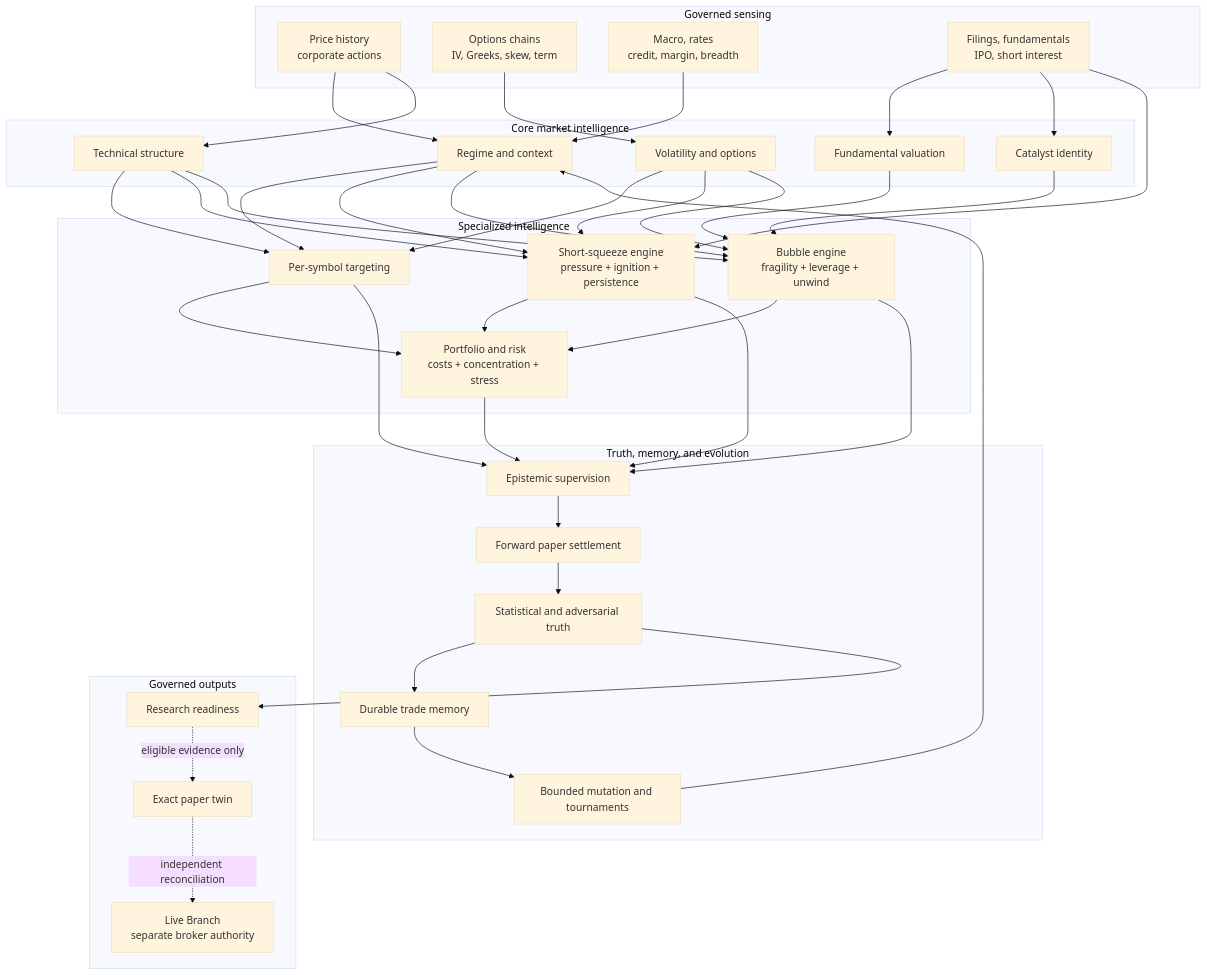
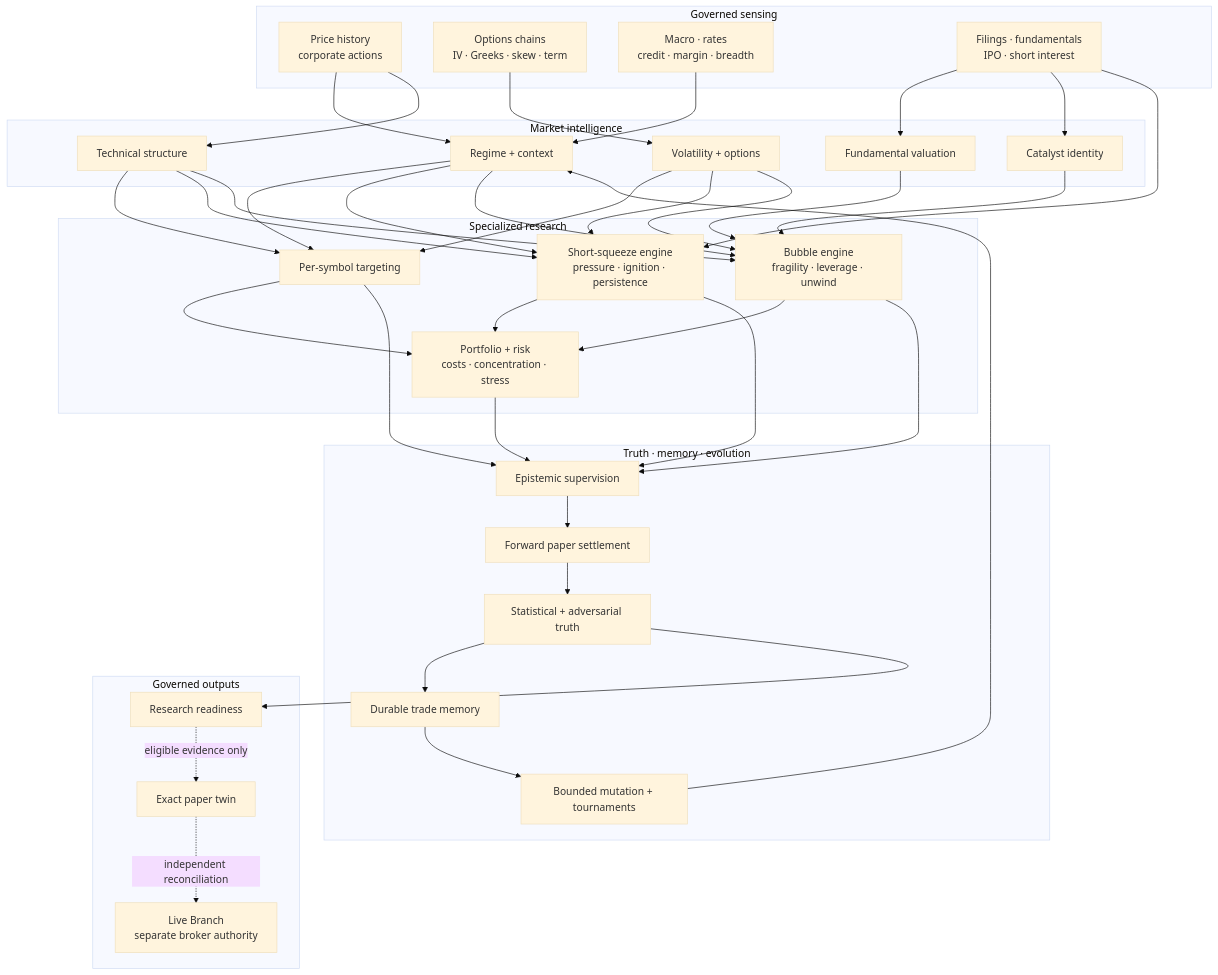
Before and after one commit to ObtuseAI/dopey: the second of 2 diagrams in README.md, drawn with Mermaid (base theme). The commit also changed other lines of this file and 2 other files, not shown here.

````diff
--- a/README.md
+++ b/README.md
@@ -182,74 +102,72 @@
 ```mermaid
 flowchart TB
     subgraph Sources["Governed sensing"]
         P["Price history<br/>corporate actions"]
-        O["Options chains<br/>IV, Greeks, skew, term"]
-        M["Macro, rates<br/>credit, margin, breadth"]
-        F["Filings, fundamentals<br/>IPO, short interest"]
+        O["Options chains<br/>IV · Greeks · skew · term"]
+        M["Macro · rates<br/>credit · margin · breadth"]
+        F["Filings · fundamentals<br/>IPO · short interest"]
     end
 
-    subgraph Core["Core market intelligence"]
-        R["Regime and context"]
+    subgraph Intelligence["Market intelligence"]
+        R["Regime + context"]
         T["Technical structure"]
-        V["Volatility and options"]
+        V["Volatility + options"]
         U["Fundamental valuation"]
         C["Catalyst identity"]
     end
 
-    subgraph Specialized["Specialized intelligence"]
+    subgraph Specialists["Specialized research"]
         G["Per-symbol targeting"]
-        S["Short-squeeze engine<br/>pressure + ignition + persistence"]
-        B["Bubble engine<br/>fragility + leverage + unwind"]
-        Q["Portfolio and risk<br/>costs + concentration + stress"]
+        S["Short-squeeze engine<br/>pressure · ignition · persistence"]
+        B["Bubble engine<br/>fragility · leverage · unwind"]
+        Q["Portfolio + risk<br/>costs · concentration · stress"]
     end
 
-    subgraph Truth["Truth, memory, and evolution"]
+    subgraph Truth["Truth · memory · evolution"]
         E["Epistemic supervision"]
         W["Forward paper settlement"]
-        A["Statistical and adversarial truth"]
+        A["Statistical + adversarial truth"]
         D["Durable trade memory"]
-        N["Bounded mutation and tournaments"]
+        N["Bounded mutation + tournaments"]
     end
 
     subgraph Authority["Governed outputs"]
         H["Research readiness"]
         X["Exact paper twin"]
         L["Live Branch<br/>separate broker authority"]
     end
 
     P --> R
     P --> T
     O --> V
     M --> R
     F --> U
     F --> C
-
     R --> G
     T --> G
     V --> G
     R --> S
     T --> S
     V --> S
     F --> S
     R --> B
     T --> B
     V --> B
     U --> B
     C --> B
     G --> Q
     S --> Q
     B --> Q
-
     G --> E
     S --> E
     B --> E
     Q --> E
     E --> W
     W --> A
     A --> D
     D --> N
     N --> R
     A --> H
     H -.->|"eligible evidence only"| X
     X -.->|"independent reconciliation"| L
 ```
````
